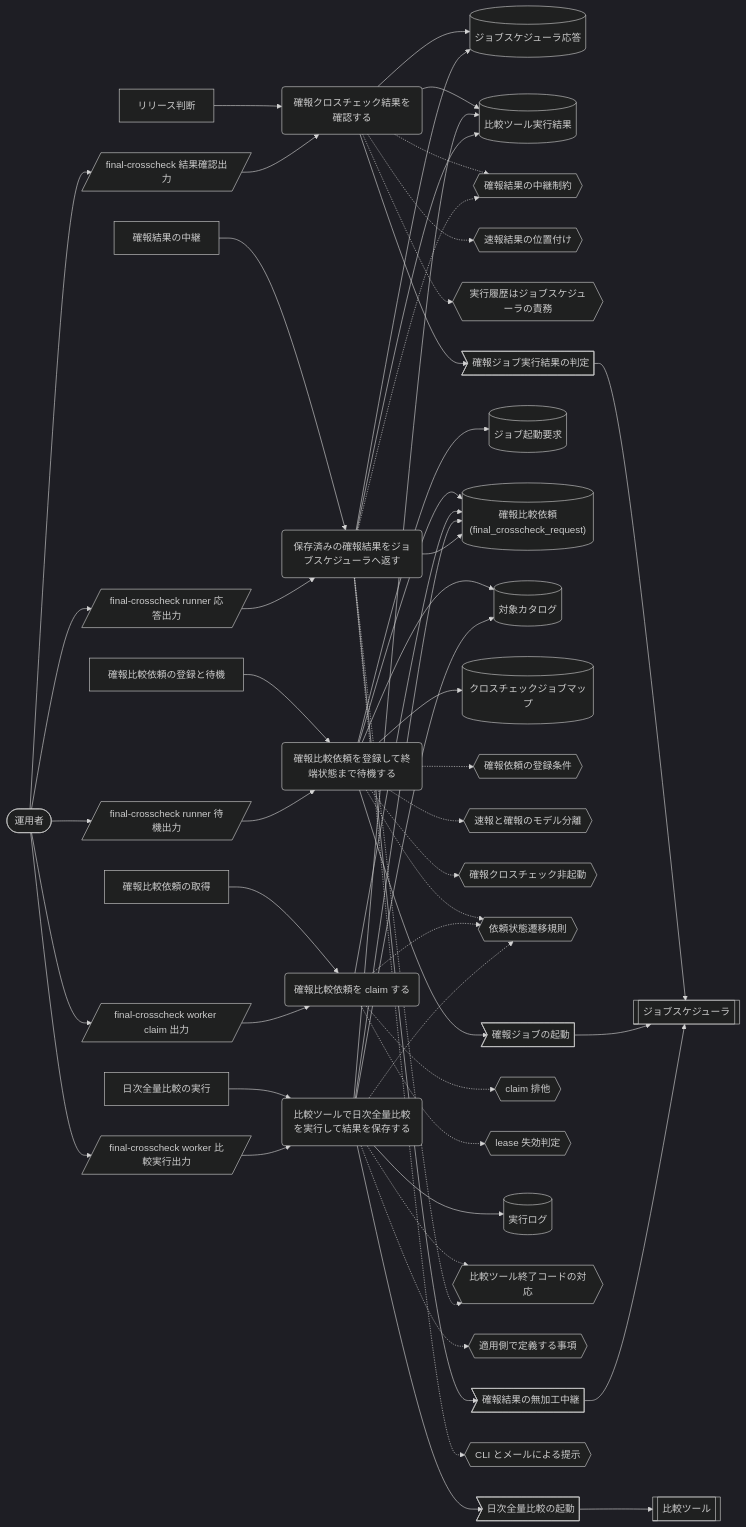
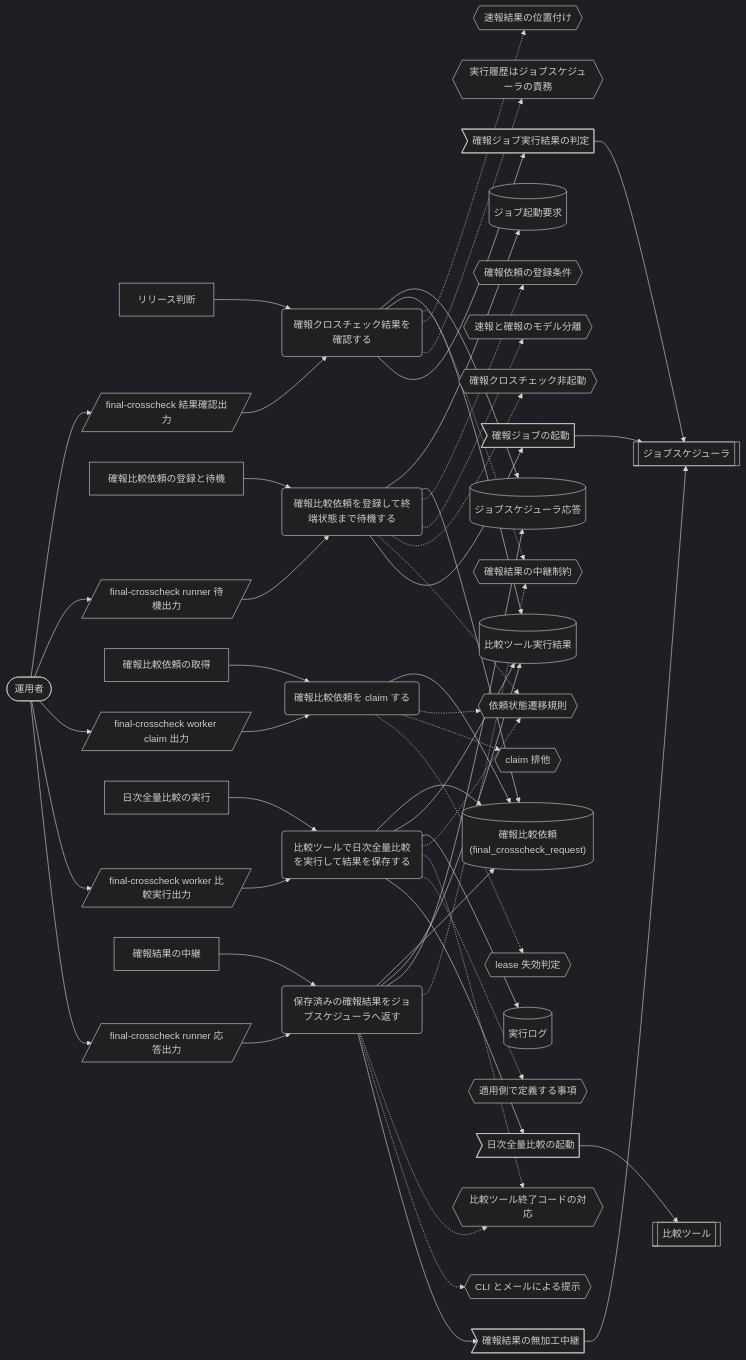
Before and after one commit to suwa-sh/relay-gate: the third of 7 diagrams in docs/rdra/latest/views/04_UC複合図.md, drawn with Mermaid (dark theme). The commit also changed other lines of this file and 572 other files, not shown here.

```diff
--- a/docs/rdra/latest/views/04_UC複合図.md
+++ b/docs/rdra/latest/views/04_UC複合図.md
@@ -310,8 +303,6 @@
   AT2["確報比較依頼の登録と待機"]
   IF3[("ジョブ起動要求")]
   IF4[("確報比較依頼(final_crosscheck_request)")]
-  IF5[("対象カタログ")]
-  IF6[("クロスチェックジョブマップ")]
   CD4{{"確報依頼の登録条件"}}
   CD5{{"速報と確報のモデル分離"}}
   CD6{{"確報クロスチェック非起動"}}
@@ -325,7 +316,7 @@
   SC3[/"final-crosscheck worker claim 出力"/]
   UC4("比較ツールで日次全量比較を実行して結果を保存する")
   AT4["日次全量比較の実行"]
-  IF7[("実行ログ")]
+  IF5[("実行ログ")]
   CD10{{"比較ツール終了コードの対応"}}
   CD11{{"適用側で定義する事項"}}
   SC4[/"final-crosscheck worker 比較実行出力"/]
@@ -349,8 +340,6 @@
   AT2 --> UC2
   UC2 --> IF3
   UC2 --> IF4
-  UC2 --> IF5
-  UC2 --> IF6
   UC2 -.-> CD4
   UC2 -.-> CD5
   UC2 -.-> CD6
@@ -368,9 +357,8 @@
   SC3 --> UC3
   AT4 --> UC4
   UC4 --> IF4
+  UC4 --> IF2
   UC4 --> IF5
-  UC4 --> IF2
-  UC4 --> IF7
   UC4 -.-> CD7
   UC4 -.-> CD10
   UC4 -.-> CD11
```
